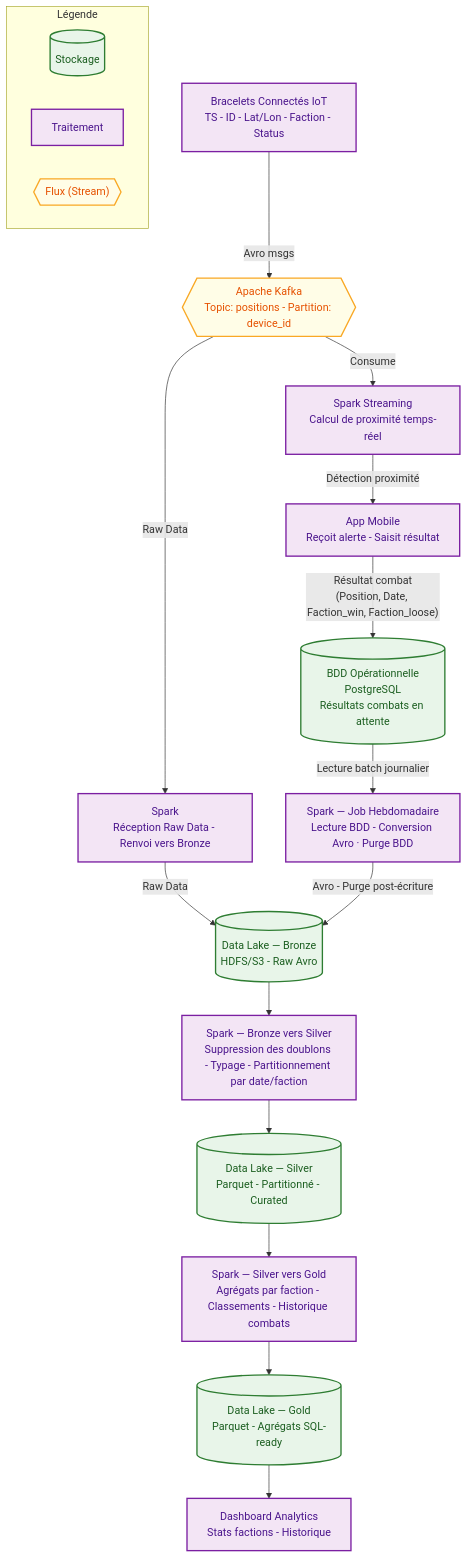
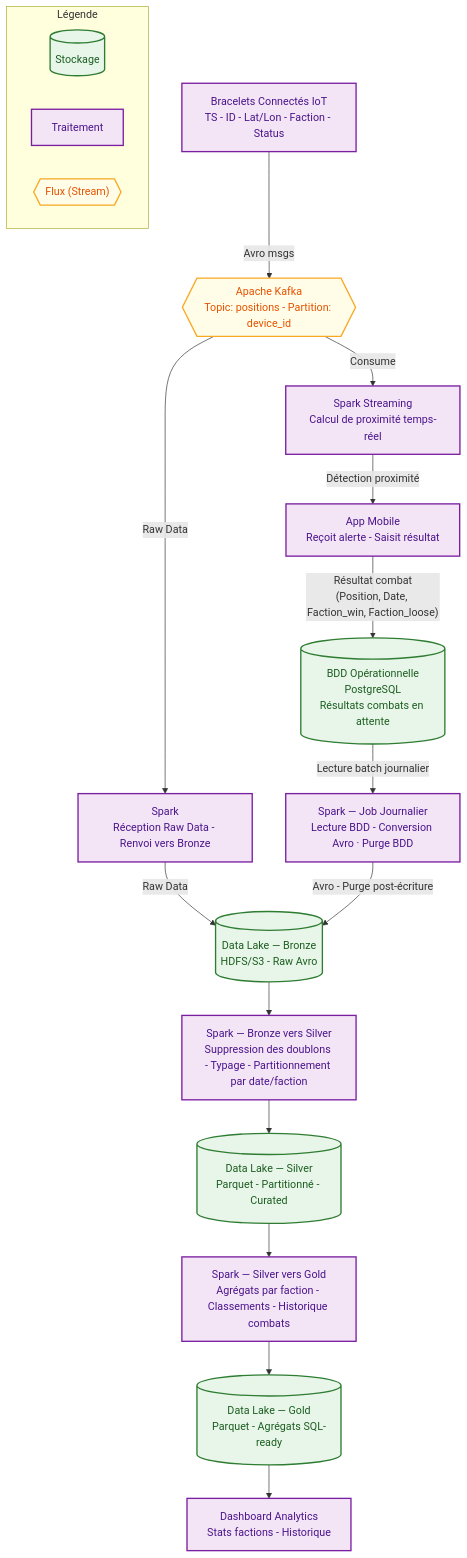
The diagram in README.md (ZeldaTwo/IDEProject), drawn with Mermaid before and after one commit.

Commit message:
fix: fixed naming issues

````diff
--- a/README.md
+++ b/README.md
@@ -56,40 +56,40 @@
 ```mermaid
 flowchart TD
     subgraph Legende [Légende]
         S[(Stockage)]:::storage
         P[Traitement]:::process
         ST{{"Flux (Stream)"}}:::stream
     end
 
     IoT["Bracelets Connectés IoT\nTS - ID - Lat/Lon - Faction - Status"]:::process
     Kafka{{"Apache Kafka\nTopic: positions - Partition: device_id"}}:::stream
     SS["Spark Streaming\nCalcul de proximité temps-réel"]:::process
     ETL1["Spark — Bronze vers Silver\nSuppression des doublons - Typage - Partitionnement par date/faction"]:::process
     ETL2["Spark — Silver vers Gold\nAgrégats par faction - Classements - Historique combats"]:::process
     Bronze[("Data Lake — Bronze\nHDFS/S3 - Raw Avro")]:::storage
     Silver[("Data Lake — Silver\nParquet - Partitionné - Curated")]:::storage
     Gold[("Data Lake — Gold\nParquet - Agrégats SQL-ready")]:::storage
     Mobile["App Mobile\nReçoit alerte - Saisit résultat"]:::process
     CombatDB[("BDD Opérationnelle\nPostgreSQL\nRésultats combats en attente")]:::storage
-    SparkWeekly["Spark — Job Hebdomadaire\nLecture BDD - Conversion Avro · Purge BDD"]:::process
+    SparkDaily["Spark — Job Journalier\nLecture BDD - Conversion Avro · Purge BDD"]:::process
     Dashboard["Dashboard Analytics\nStats factions - Historique"]:::process
     Spark["Spark\nRéception Raw Data - Renvoi vers Bronze"]:::process
 
     IoT -->|Avro msgs| Kafka
     Kafka -->|Consume| SS
     Kafka -->|Raw Data| Spark
     Spark -->|Raw Data| Bronze
     SS -->|Détection proximité| Mobile
     Mobile -->|"Résultat combat\n(Position, Date, Faction_win, Faction_loose)"| CombatDB
-    CombatDB -->|"Lecture batch journalier"| SparkWeekly
-    SparkWeekly -->|"Avro - Purge post-écriture"| Bronze
+    CombatDB -->|"Lecture batch journalier"| SparkDaily
+    SparkDaily -->|"Avro - Purge post-écriture"| Bronze
     Bronze --> ETL1
     ETL1 --> Silver
     Silver --> ETL2
     ETL2 --> Gold
     Gold --> Dashboard
 
     classDef storage fill:#e8f5e9,stroke:#2e7d32,stroke-width:2px,color:#1b5e20
     classDef process fill:#f3e5f5,stroke:#7b1fa2,stroke-width:2px,color:#4a148c
     classDef stream fill:#fffde7,stroke:#f9a825,stroke-width:2px,color:#e65100
 ```
````
